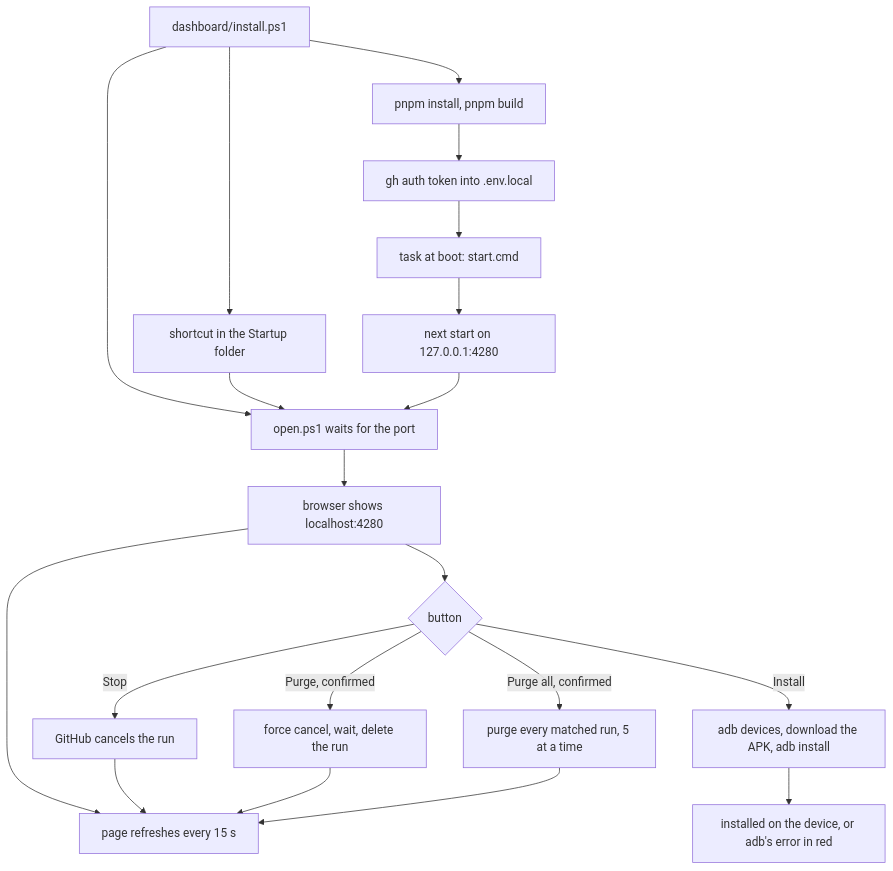
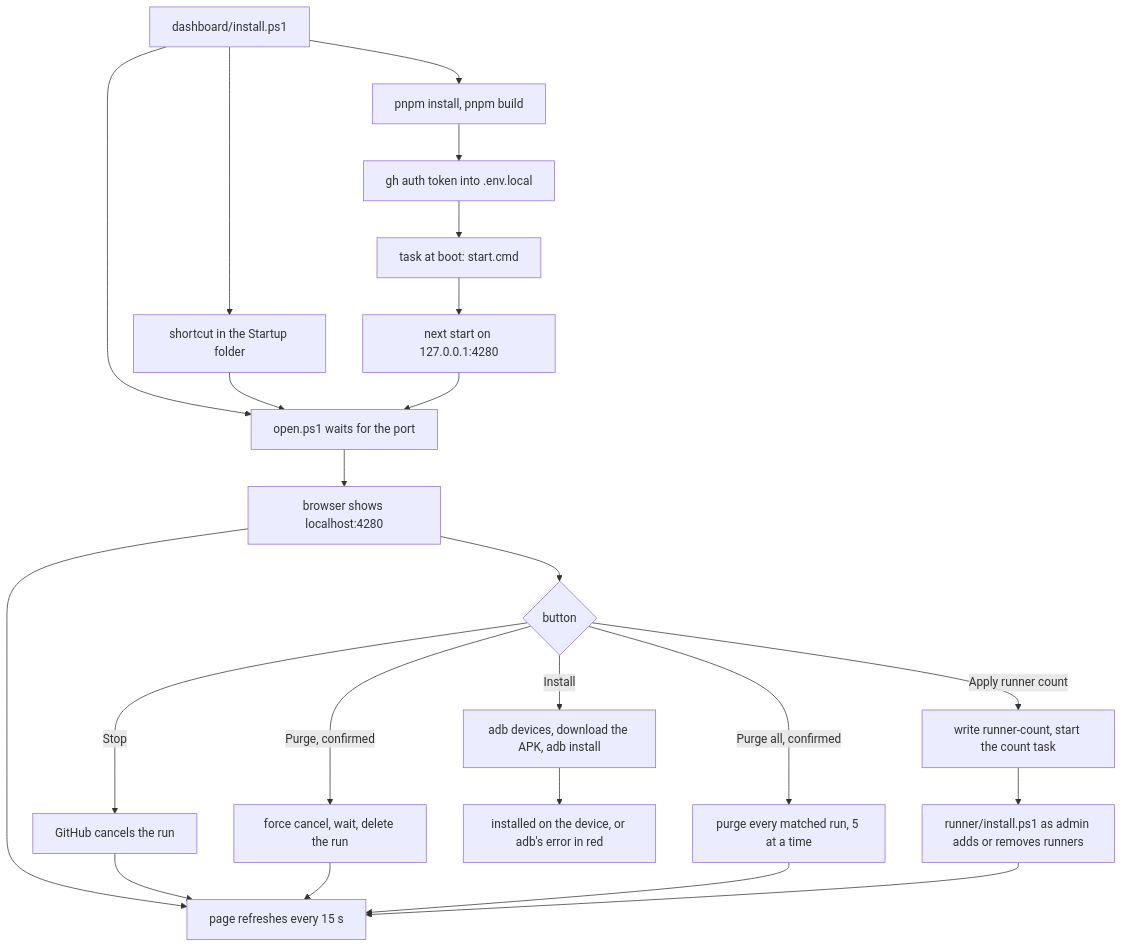
One commit to workbench-soft/local-ci changed the fifth of 5 diagrams in docs/user-flows.md. Above: the diagram before and after it, drawn with Mermaid. The commit also changed other lines of this file and 4 other files, not shown here.

Commit message:
docs: the runner count on the status page

````diff
--- a/docs/user-flows.md
+++ b/docs/user-flows.md
@@ -106,19 +109,21 @@
 ```mermaid
 flowchart TD
   A[dashboard/install.ps1] --> B[pnpm install, pnpm build]
   B --> C[gh auth token into .env.local]
   C --> D[task at boot: start.cmd]
   D --> E[next start on 127.0.0.1:4280]
   A --> S[shortcut in the Startup folder]
   A & S --> O[open.ps1 waits for the port]
   E --> O
   O --> F[browser shows localhost:4280]
   F --> G[page refreshes every 15 s]
   F --> H{button}
   H -- Stop --> I[GitHub cancels the run]
   H -- Purge, confirmed --> J[force cancel, wait, delete the run]
   H -- Purge all, confirmed --> P[purge every matched run, 5 at a time]
   H -- Install --> K[adb devices, download the APK, adb install]
   K --> L[installed on the device, or adb's error in red]
-  I & J & P --> G
+  H -- Apply runner count --> R[write runner-count, start the count task]
+  R --> T[runner/install.ps1 as admin adds or removes runners]
+  I & J & P & T --> G
 ```
````
